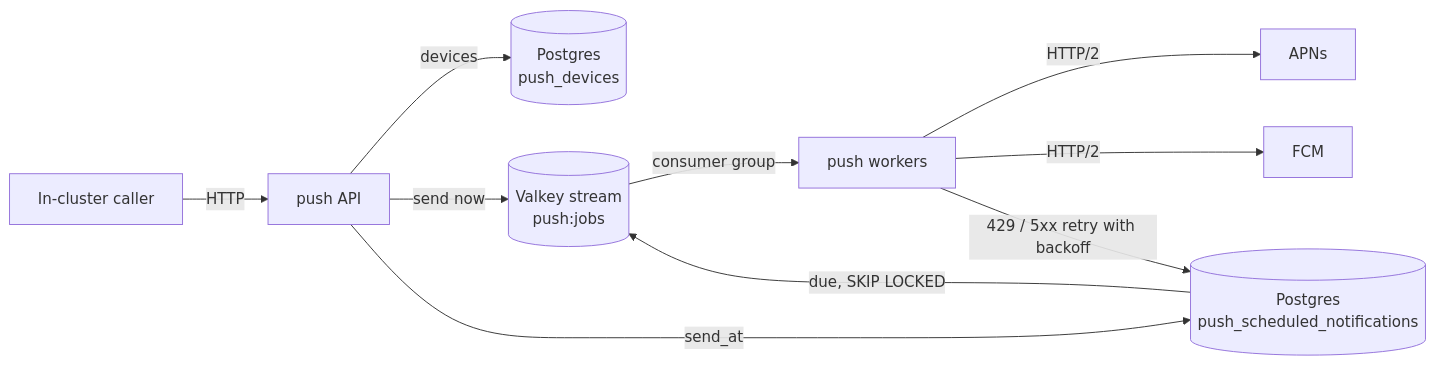
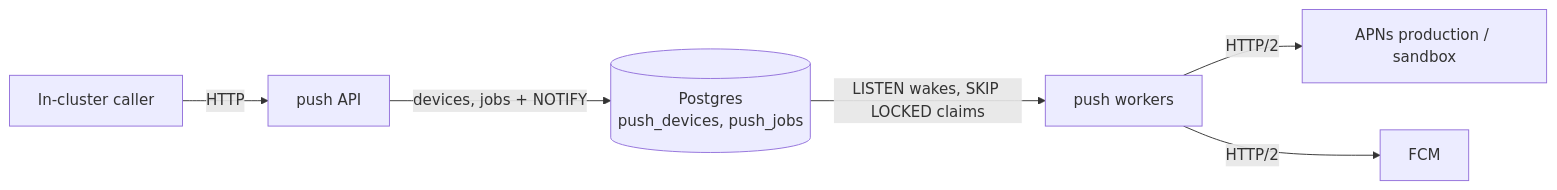
The diagram in apps/push/README.md (Pandoks/pandoks.com), drawn with Mermaid before and after one commit. The commit also changed other lines of this file and 11 other files, not shown here.

First line of the commit message:
update(push): queue sends in postgres and route apns by environment

````diff
--- a/apps/push/README.md
+++ b/apps/push/README.md
@@ -6,12 +6,8 @@
 ```mermaid
 graph LR
     Caller[In-cluster caller] -->|HTTP| API[push API]
-    API -->|devices| Postgres[(Postgres<br/>push_devices)]
-    API -->|send now| Stream[(Valkey stream<br/>push:jobs)]
-    API -->|send_at| Scheduled[(Postgres<br/>push_scheduled_notifications)]
-    Scheduled -->|due, SKIP LOCKED| Stream
-    Stream -->|consumer group| Workers[push workers]
-    Workers -->|HTTP/2| APNs
+    API -->|devices, jobs + NOTIFY| Postgres[(Postgres<br/>push_devices, push_jobs)]
+    Postgres -->|LISTEN wakes, SKIP LOCKED claims| Workers[push workers]
+    Workers -->|HTTP/2| APNs[APNs production / sandbox]
     Workers -->|HTTP/2| FCM
-    Workers -->|429 / 5xx retry with backoff| Scheduled
 ```
````
